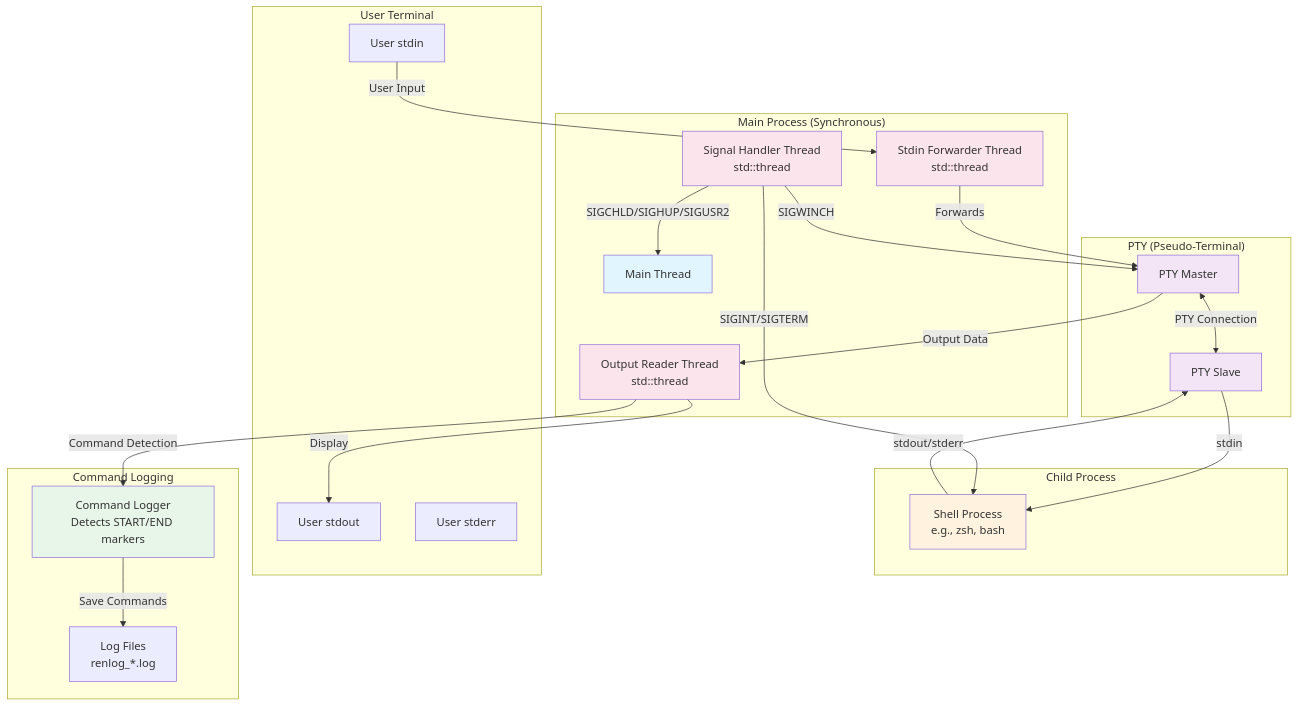
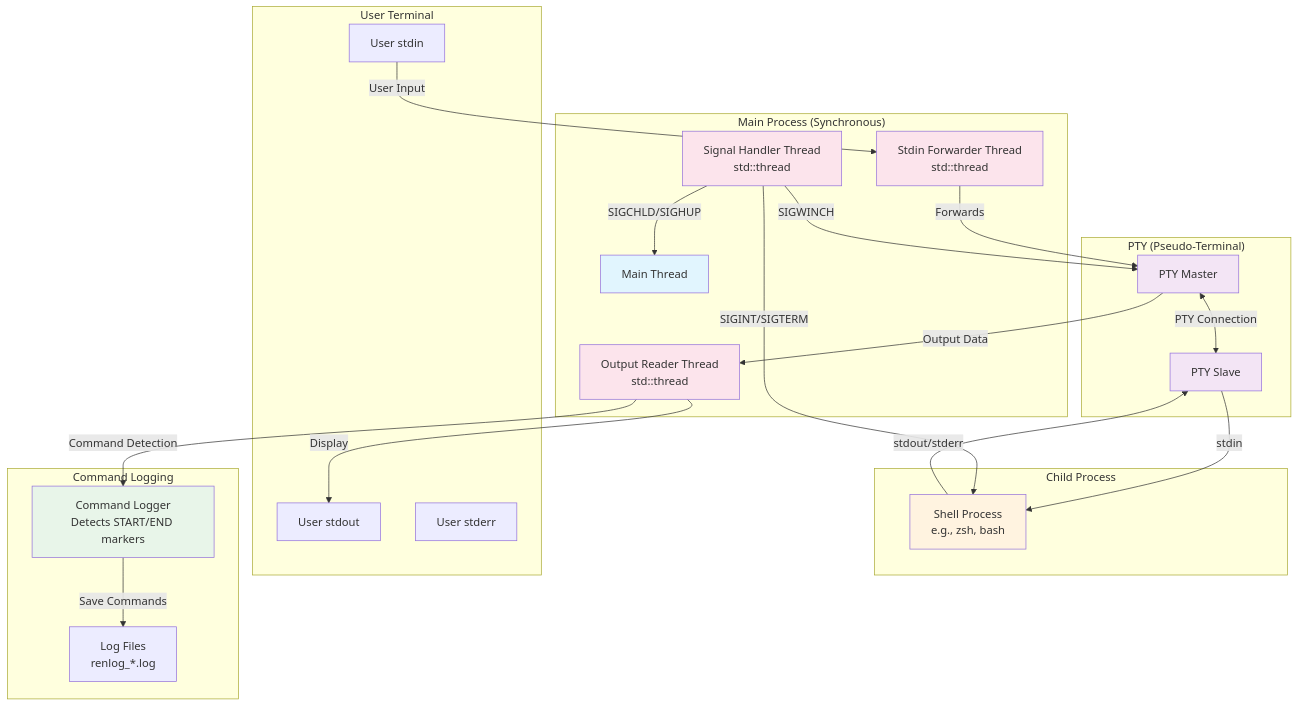
Before and after one commit to akawashiro/renlog: the diagram in README.md, drawn with Mermaid. The commit also changed other lines of this file and 2 other files, not shown here.

Commit message:
Remove SIGUSR2 handling from signals.rs and README.md

````diff
--- a/README.md
+++ b/README.md
@@ -14,58 +14,58 @@
 ```mermaid
 graph TB
     subgraph "Main Process (Synchronous)"
         MP[Main Thread]
         SH[Signal Handler Thread<br/>std::thread]
         ST[Stdin Forwarder Thread<br/>std::thread]
         OT[Output Reader Thread<br/>std::thread]
     end
     
     subgraph "PTY (Pseudo-Terminal)"
         PM[PTY Master]
         PS[PTY Slave]
     end
     
     subgraph "Child Process"
         SHELL[Shell Process<br/>e.g., zsh, bash]
     end
     
     subgraph "User Terminal"
         STDIN[User stdin]
         STDOUT[User stdout]
         STDERR[User stderr]
     end
     
     subgraph "Command Logging"
         CL[Command Logger<br/>Detects START/END markers]
         LF[Log Files<br/>renlog_*.log]
     end
     
     %% User input flow
     STDIN -->|User Input| ST
     ST -->|Forwards| PM
     PM <-->|PTY Connection| PS
     
     %% Shell I/O
     PS -->|stdin| SHELL
     SHELL -->|stdout/stderr| PS
     
     %% Output flow
     PM -->|Output Data| OT
     OT -->|Display| STDOUT
     OT -->|Command Detection| CL
     CL -->|Save Commands| LF
     
     %% Signal handling
     SH -->|SIGWINCH| PM
     SH -->|SIGINT/SIGTERM| SHELL
-    SH -->|SIGCHLD/SIGHUP/SIGUSR2| MP
+    SH -->|SIGCHLD/SIGHUP| MP
     
     style MP fill:#e1f5fe
     style SHELL fill:#fff3e0
     style PM fill:#f3e5f5
     style PS fill:#f3e5f5
     style CL fill:#e8f5e9
     style SH fill:#fce4ec
     style ST fill:#fce4ec
     style OT fill:#fce4ec
 ```
````
